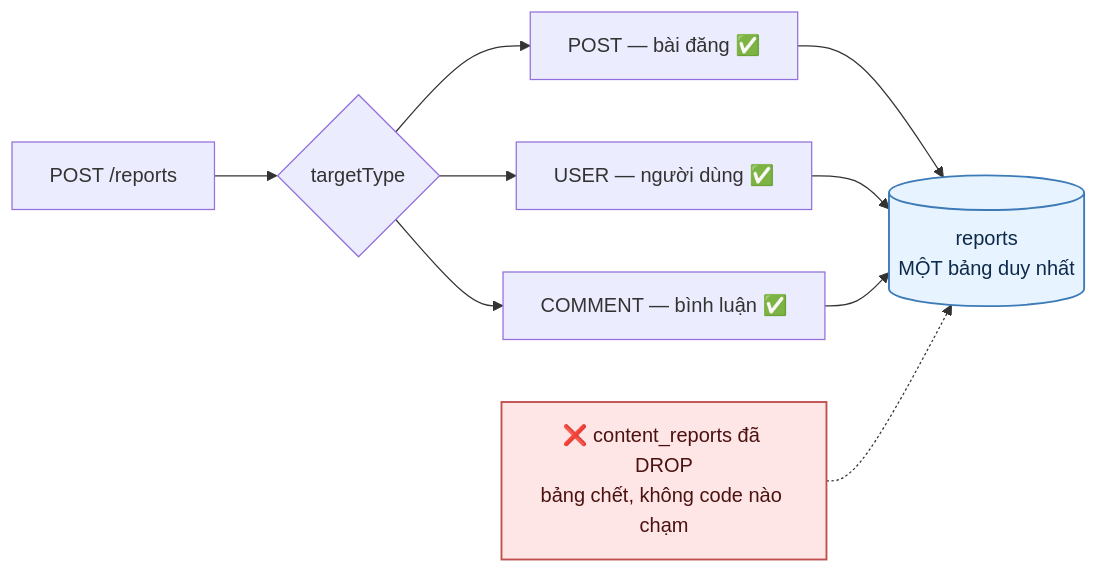
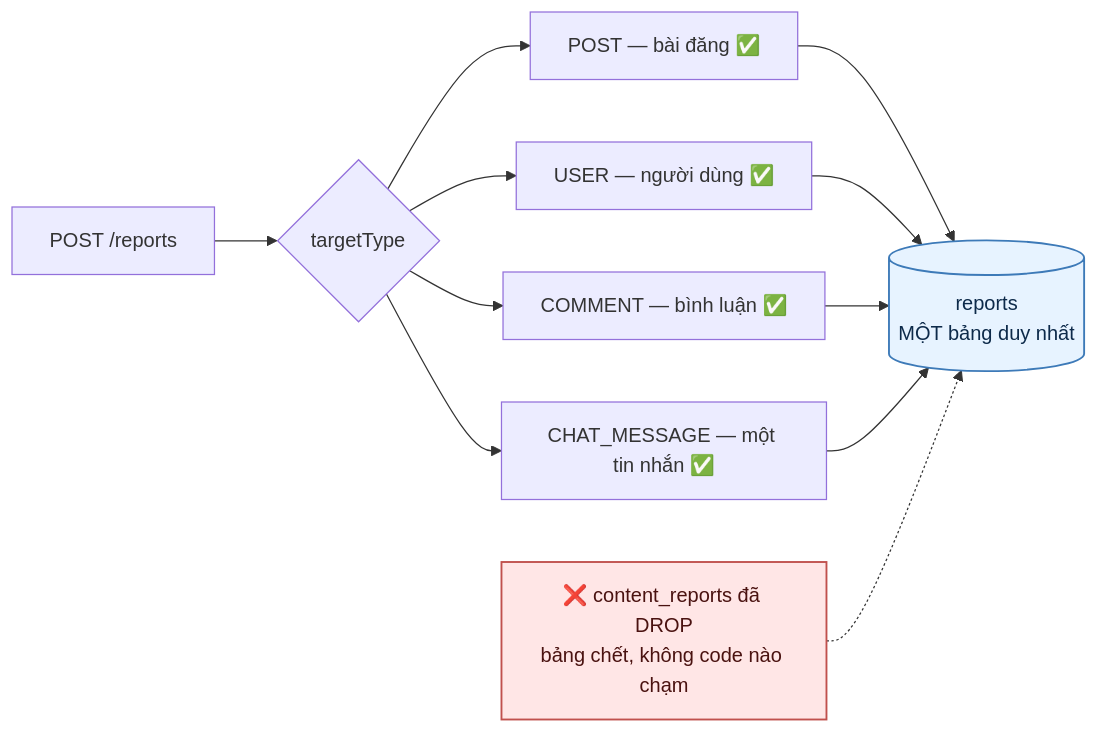
Before and after one commit to fdshn/trueheart: the first of 5 diagrams in docs/diagram/15-report.md, drawn with Mermaid. The commit also changed other lines of this file and 23 other files, not shown here.

First line of the commit message:
feat(report): đóng nốt cửa gỡ tin nhắn bị báo xấu, chặn spam báo, và nhận diện báo bừa

````diff
--- a/docs/diagram/15-report.md
+++ b/docs/diagram/15-report.md
@@ -7,14 +7,15 @@
 ```mermaid
 flowchart LR
     A["POST /reports"] --> B{targetType}
     B --> C["POST — bài đăng ✅"]
     B --> D["USER — người dùng ✅"]
     B --> E["COMMENT — bình luận ✅"]
+    B --> H["CHAT_MESSAGE — một tin nhắn ✅"]
 
-    C & D & E --> F[(reports<br/>MỘT bảng duy nhất)]
+    C & D & E & H --> F[(reports<br/>MỘT bảng duy nhất)]
 
     G["❌ content_reports đã DROP<br/>bảng chết, không code nào chạm"] -.-> F
 
     style F fill:#e7f3ff,stroke:#3d7ab8,stroke-width:1.5px,color:#0d2a4a
     style G fill:#ffe6e6,stroke:#c0504d,stroke-width:1.5px,color:#4a1210
 ```
````
